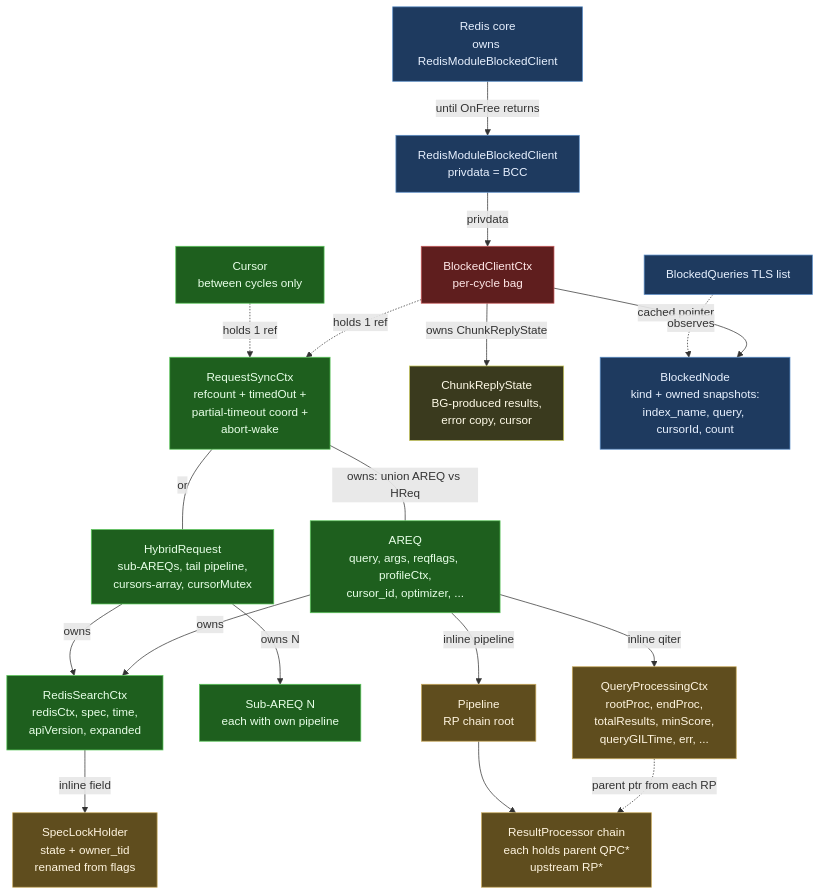
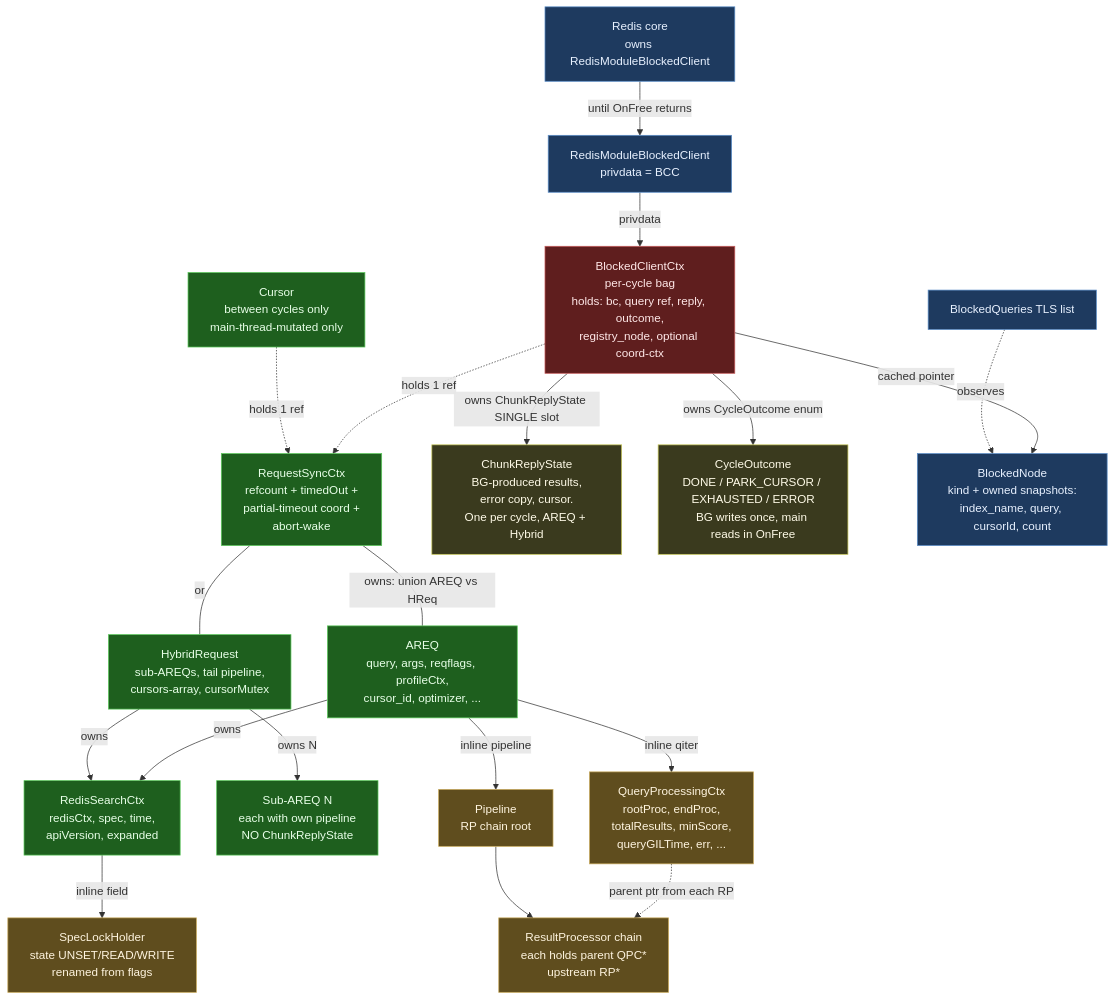
The diagram in docs/design/blocked_client_struct_relationships.md (RediSearch/RediSearch), drawn with Mermaid before and after one commit. The commit also changed other lines of this file and 1 other file, not shown here.

First line of the commit message:
Refactor Blocked Client Struct Relationships

````diff
--- a/docs/design/blocked_client_struct_relationships.md
+++ b/docs/design/blocked_client_struct_relationships.md
@@ -9,50 +9,53 @@
 ```mermaid
 flowchart TD
   classDef redis fill:#1e3a5f,stroke:#5a8dc7,color:#e8f1ff
   classDef perCycle fill:#5f1e1e,stroke:#c75a5a,color:#ffe8e8
   classDef perQuery fill:#1e5f1e,stroke:#5ac75a,color:#e8ffe8
-  classDef worker fill:#5f4d1e,stroke:#c7a85a,color:#fff5e0
+  classDef bg fill:#5f4d1e,stroke:#c7a85a,color:#fff5e0
   classDef shared fill:#3a3a1e,stroke:#c7c75a,color:#fffbe8
 
   Redis[Redis core<br/>owns RedisModuleBlockedClient]:::redis
   BC[RedisModuleBlockedClient<br/>privdata = BCC]:::redis
   Redis -->|until OnFree returns| BC
 
   BC -->|privdata| BCC
-  BCC[BlockedClientCtx<br/>per-cycle bag]:::perCycle
+  BCC[BlockedClientCtx<br/>per-cycle bag<br/>holds: bc, query ref, reply, outcome,<br/>registry_node, optional coord-ctx]:::perCycle
   BCC -.holds 1 ref.-> RSC
 
-  CURS[Cursor<br/>between cycles only]:::perQuery
+  CURS[Cursor<br/>between cycles only<br/>main-thread-mutated only]:::perQuery
   CURS -.holds 1 ref.-> RSC
 
   RSC[RequestSyncCtx<br/>refcount + timedOut +<br/>partial-timeout coord +<br/>abort-wake]:::perQuery
   RSC ---|owns: union AREQ vs HReq| AREQ
   RSC ---|or| HREQ
 
   AREQ[AREQ<br/>query, args, reqflags, profileCtx,<br/>cursor_id, optimizer, ...]:::perQuery
   HREQ[HybridRequest<br/>sub-AREQs, tail pipeline,<br/>cursors-array, cursorMutex]:::perQuery
 
   AREQ -->|owns| SCTX
   HREQ -->|owns| SCTX
-  HREQ -->|owns N| AREQSUB[Sub-AREQ N<br/>each with own pipeline]:::perQuery
+  HREQ -->|owns N| AREQSUB[Sub-AREQ N<br/>each with own pipeline<br/>NO ChunkReplyState]:::perQuery
 
   SCTX[RedisSearchCtx<br/>redisCtx, spec, time,<br/>apiVersion, expanded]:::perQuery
   SCTX -->|inline field| HOLD
-  HOLD[SpecLockHolder<br/>state + owner_tid<br/>renamed from flags]:::worker
+  HOLD[SpecLockHolder<br/>state UNSET/READ/WRITE<br/>renamed from flags]:::bg
 
   AREQ -->|inline qiter| QPC
-  QPC[QueryProcessingCtx<br/>rootProc, endProc,<br/>totalResults, minScore,<br/>queryGILTime, err, ...]:::worker
+  QPC[QueryProcessingCtx<br/>rootProc, endProc,<br/>totalResults, minScore,<br/>queryGILTime, err, ...]:::bg
   QPC -.parent ptr from each RP.-> RPCH
 
   AREQ -->|inline pipeline| PIPE
-  PIPE[Pipeline<br/>RP chain root]:::worker
-  PIPE --> RPCH[ResultProcessor chain<br/>each holds parent QPC*<br/>upstream RP*]:::worker
+  PIPE[Pipeline<br/>RP chain root]:::bg
+  PIPE --> RPCH[ResultProcessor chain<br/>each holds parent QPC*<br/>upstream RP*]:::bg
 
-  BCC -->|owns ChunkReplyState| BCCREPLY
-  BCCREPLY[ChunkReplyState<br/>BG-produced results,<br/>error copy, cursor]:::shared
+  BCC -->|owns ChunkReplyState SINGLE slot| BCCREPLY
+  BCCREPLY[ChunkReplyState<br/>BG-produced results,<br/>error copy, cursor.<br/>One per cycle, AREQ + Hybrid]:::shared
+
+  BCC -->|owns CycleOutcome enum| BCCOUT
+  BCCOUT[CycleOutcome<br/>DONE / PARK_CURSOR / EXHAUSTED / ERROR<br/>BG writes once, main reads in OnFree]:::shared
 
   BCC -->|cached pointer| BNODE
   REG[BlockedQueries TLS list]:::redis
   REG -.observes.-> BNODE
   BNODE[BlockedNode<br/>kind + owned snapshots:<br/>index_name, query, cursorId, count]:::redis
 ```
````
